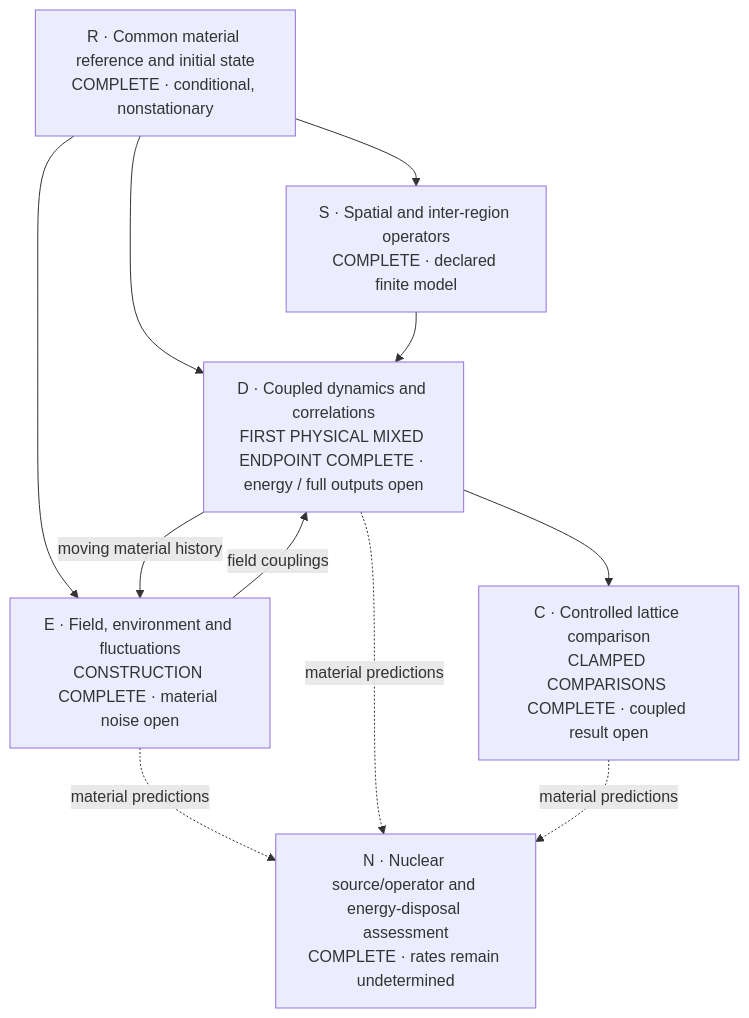
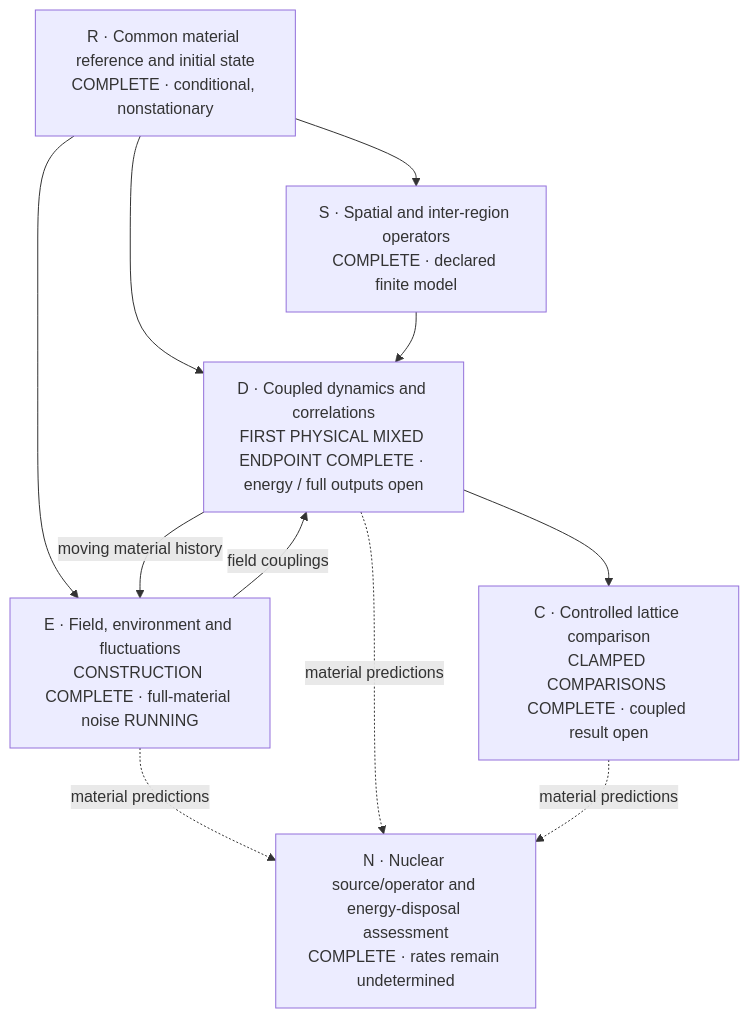
Before and after one commit to giuliano-vantasner/substrate-framework: the first of 2 diagrams in proposals/P254-ni-collective-response/SOLUTION.md, drawn with Mermaid. The commit also changed other lines of this file and 64 other files, not shown here.

````diff
--- a/proposals/P254-ni-collective-response/SOLUTION.md
+++ b/proposals/P254-ni-collective-response/SOLUTION.md
@@ -16,19 +16,19 @@
 ```mermaid
 flowchart TD
     R["R · Common material reference and initial state\nCOMPLETE · conditional, nonstationary"]
     S["S · Spatial and inter-region operators\nCOMPLETE · declared finite model"]
-    E["E · Field, environment and fluctuations\nCONSTRUCTION COMPLETE · material noise open"]
+    E["E · Field, environment and fluctuations\nCONSTRUCTION COMPLETE · full-material noise RUNNING"]
     D["D · Coupled dynamics and correlations\nFIRST PHYSICAL MIXED ENDPOINT COMPLETE · energy / full outputs open"]
     C["C · Controlled lattice comparison\nCLAMPED COMPARISONS COMPLETE · coupled result open"]
     N["N · Nuclear source/operator and energy-disposal assessment\nCOMPLETE · rates remain undetermined"]
     R --> S
     R --> E
     R --> D
     S --> D
     E -- "field couplings" --> D
     D -- "moving material history" --> E
     D --> C
     E -. "material predictions" .-> N
     D -. "material predictions" .-> N
     C -. "material predictions" .-> N
 ```
````
